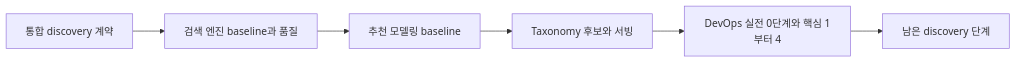
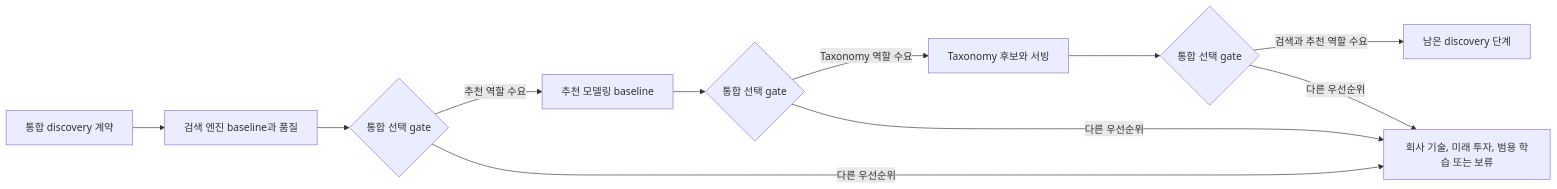
The diagram in fit/growth/learning/roadmaps/2027-Search-Recommendation-Roadmap.md (dc-choi/interview), drawn with Mermaid before and after one commit. The commit also changed other lines of this file and 9 other files, not shown here.

Commit message:
docs(learning): reprioritize roadmap around company work

````diff
--- a/fit/growth/learning/roadmaps/2027-Search-Recommendation-Roadmap.md
+++ b/fit/growth/learning/roadmaps/2027-Search-Recommendation-Roadmap.md
@@ -30,8 +31,13 @@
 ```mermaid
 flowchart LR
   A[통합 discovery 계약] --> B[검색 엔진 baseline과 품질]
-  B --> C[추천 모델링 baseline]
-  C --> D[Taxonomy 후보와 서빙]
-  D --> E[DevOps 실전 0단계와 핵심 1부터 4]
-  E --> F[남은 discovery 단계]
+  B --> G{통합 선택 gate}
+  G -->|추천 역할 수요| C[추천 모델링 baseline]
+  G -->|다른 우선순위| X[회사 기술, 미래 투자, 범용 학습 또는 보류]
+  C --> I{통합 선택 gate}
+  I -->|Taxonomy 역할 수요| D[Taxonomy 후보와 서빙]
+  I -->|다른 우선순위| X
+  D --> H{통합 선택 gate}
+  H -->|검색과 추천 역할 수요| F[남은 discovery 단계]
+  H -->|다른 우선순위| X
 ```
````
